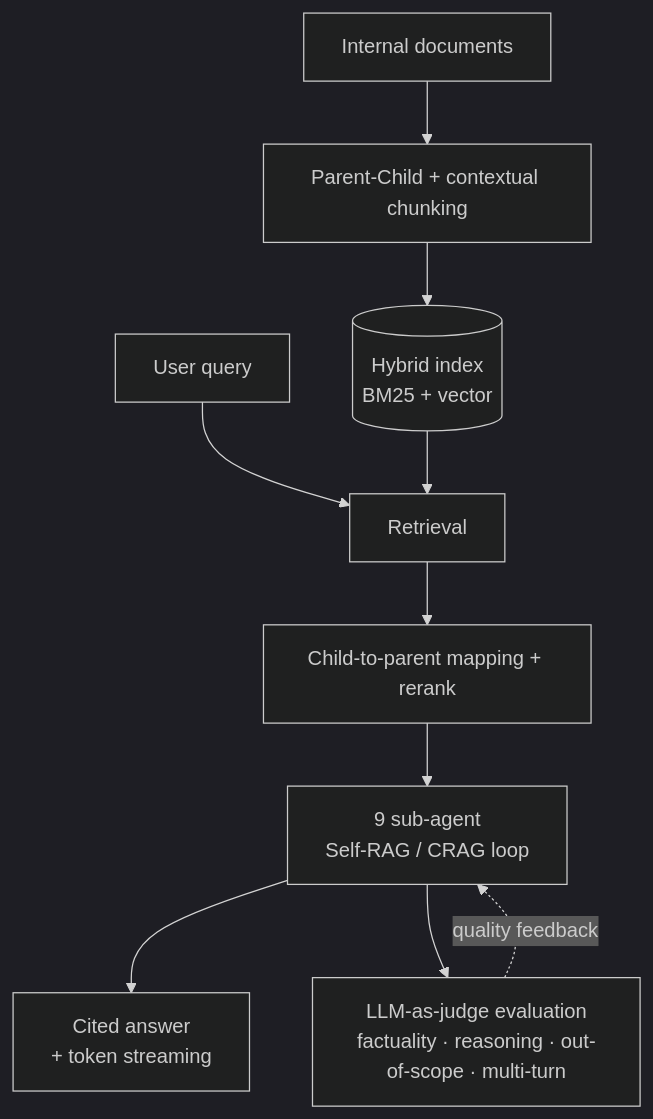
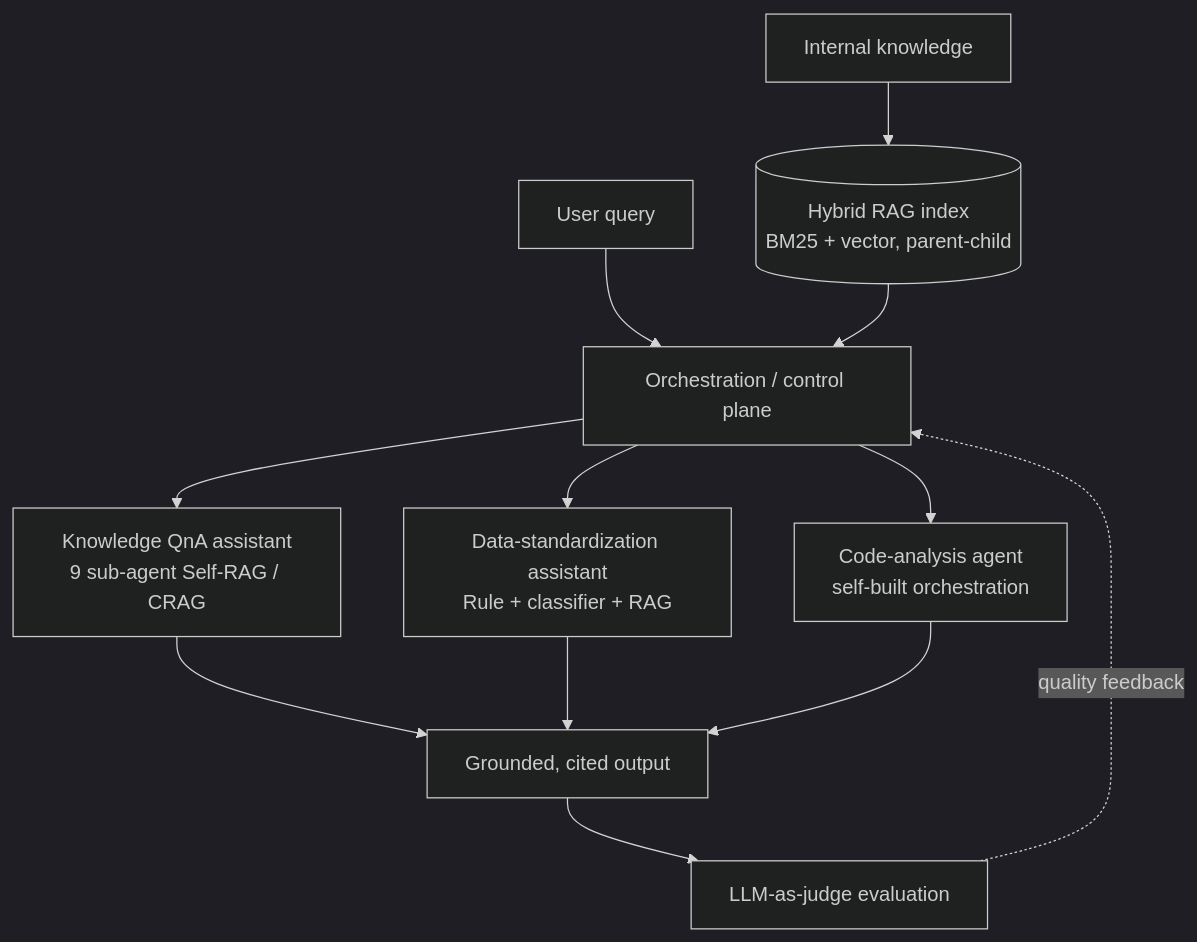
The diagram in _projects/1_ai_platform.md (kmink3225/kmink3225.github.io), drawn with Mermaid (dark theme) before and after one commit. The commit also changed other lines of this file and 3 other files, not shown here.

First line of the commit message:
fix(projects): stop diagram clipping (disable zoom) + platform-level flagship diagram

````diff
--- a/_projects/1_ai_platform.md
+++ b/_projects/1_ai_platform.md
@@ -32,12 +32,14 @@
 ```mermaid
 flowchart TB
-    DOC[Internal documents] --> CHUNK[Parent-Child + contextual chunking]
-    CHUNK --> IDX[(Hybrid index<br/>BM25 + vector)]
-    Q[User query] --> R[Retrieval]
-    IDX --> R
-    R --> MAP[Child-to-parent mapping + rerank]
-    MAP --> LOOP[9 sub-agent<br/>Self-RAG / CRAG loop]
-    LOOP --> ANS[Cited answer<br/>+ token streaming]
-    LOOP --> EVAL[LLM-as-judge evaluation<br/>factuality · reasoning · out-of-scope · multi-turn]
-    EVAL -. quality feedback .-> LOOP
+    DOCS[Internal knowledge] --> IDX[(Hybrid RAG index<br/>BM25 + vector, parent-child)]
+    Q[User query] --> ORCH[Orchestration / control plane]
+    IDX --> ORCH
+    ORCH --> A1[Knowledge QnA assistant<br/>9 sub-agent Self-RAG / CRAG]
+    ORCH --> A2[Data-standardization assistant<br/>Rule + classifier + RAG]
+    ORCH --> A3[Code-analysis agent<br/>self-built orchestration]
+    A1 --> OUT[Grounded, cited output]
+    A2 --> OUT
+    A3 --> OUT
+    OUT --> EVAL[LLM-as-judge evaluation]
+    EVAL -. quality feedback .-> ORCH
 ```
````
